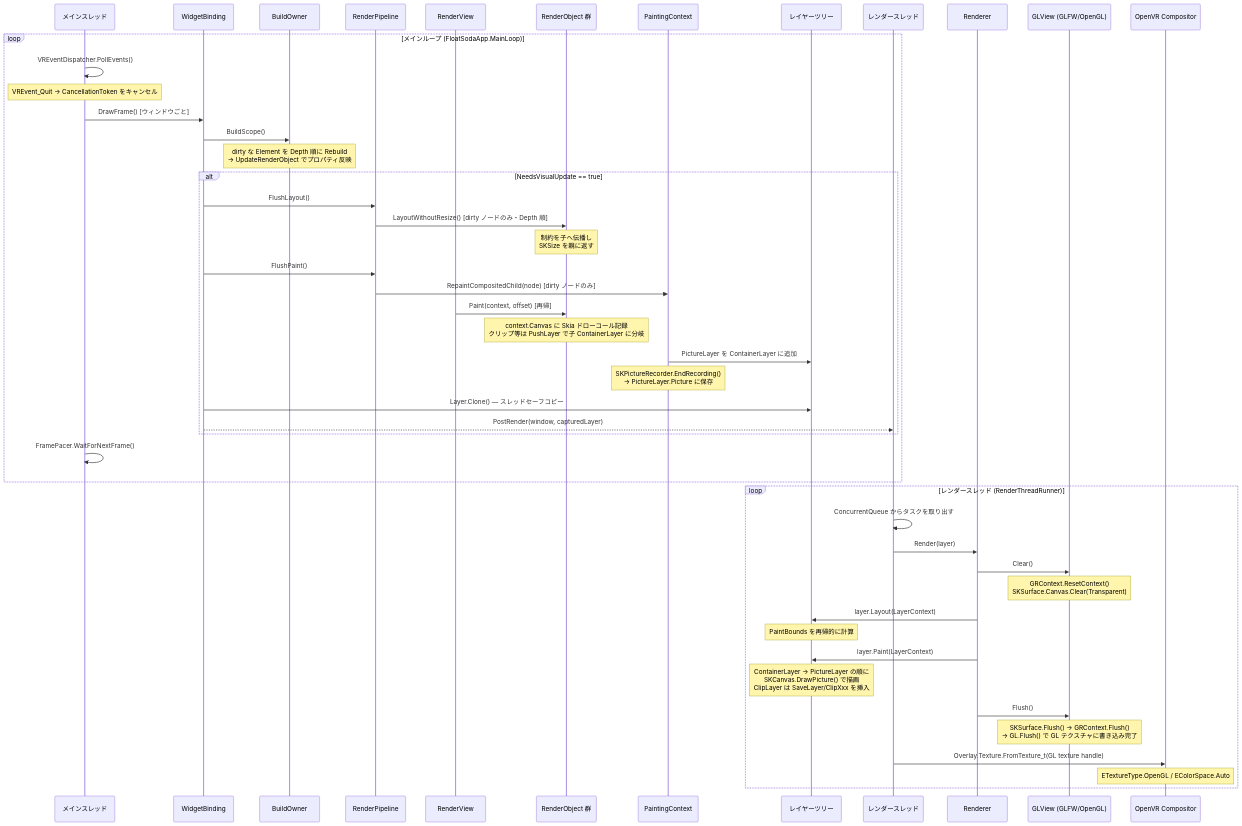
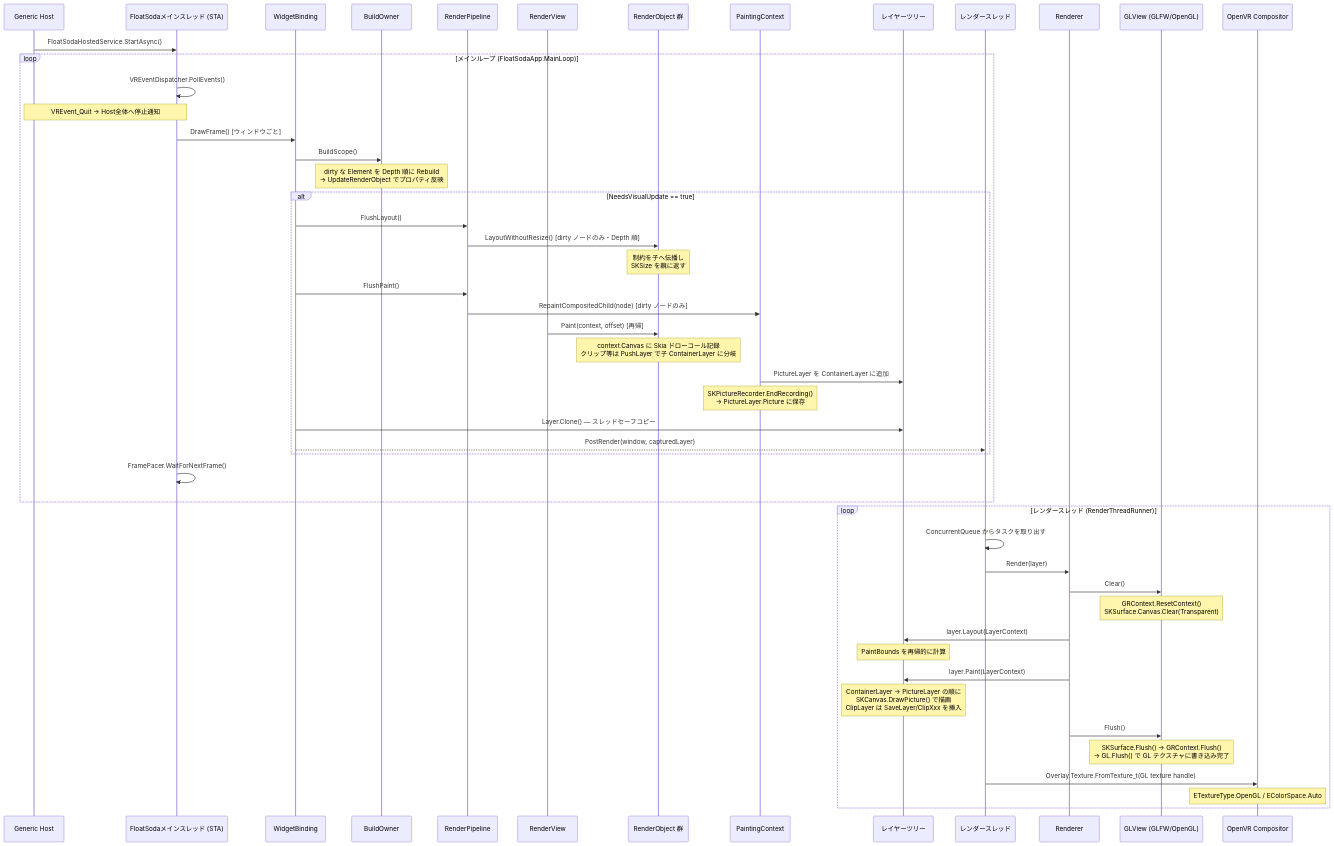
One commit to sumx21t-3310/FloatSoda changed the third of 3 diagrams in docs/Architecture.md. Above: the diagram before and after it, drawn with Mermaid. The commit also changed other lines of this file and 14 other files, not shown here.

````diff
--- a/docs/Architecture.md
+++ b/docs/Architecture.md
@@ -91,57 +91,60 @@
 ```mermaid
 sequenceDiagram
-    participant Main as メインスレッド
+    participant Host as Generic Host
+    participant Main as FloatSodaメインスレッド (STA)
     participant WB as WidgetBinding
     participant BO as BuildOwner
     participant Pipeline as RenderPipeline
     participant RV as RenderView
     participant RO as RenderObject 群
     participant PC as PaintingContext
     participant Layer as レイヤーツリー
     participant RT as レンダースレッド
     participant Renderer as Renderer
     participant GL as GLView (GLFW/OpenGL)
     participant VR as OpenVR Compositor
 
+    Host->>Main: FloatSodaHostedService.StartAsync()
+
     loop メインループ (FloatSodaApp.MainLoop)
         Main->>Main: VREventDispatcher.PollEvents()
-        Note over Main: VREvent_Quit → CancellationToken をキャンセル
+        Note over Main,Host: VREvent_Quit → Host全体へ停止通知
 
         Main->>WB: DrawFrame() [ウィンドウごと]
         WB->>BO: BuildScope()
         Note over BO: dirty な Element を Depth 順に Rebuild<br/>→ UpdateRenderObject でプロパティ反映
 
         alt NeedsVisualUpdate == true
             WB->>Pipeline: FlushLayout()
             Pipeline->>RO: LayoutWithoutResize() [dirty ノードのみ・Depth 順]
             Note over RO: 制約を子へ伝播し<br/>SKSize を親に返す
 
             WB->>Pipeline: FlushPaint()
             Pipeline->>PC: RepaintCompositedChild(node) [dirty ノードのみ]
             RV->>RO: Paint(context, offset) [再帰]
             Note over RO: context.Canvas に Skia ドローコール記録<br/>クリップ等は PushLayer で子 ContainerLayer に分岐
             PC->>Layer: PictureLayer を ContainerLayer に追加
             Note over PC: SKPictureRecorder.EndRecording()<br/>→ PictureLayer.Picture に保存
 
             WB->>Layer: Layer.Clone() — スレッドセーフコピー
             WB-->>RT: PostRender(window, capturedLayer)
         end
 
         Main->>Main: FramePacer.WaitForNextFrame()
     end
 
     loop レンダースレッド (RenderThreadRunner)
         RT->>RT: ConcurrentQueue からタスクを取り出す
         RT->>Renderer: Render(layer)
         Renderer->>GL: Clear()
         Note over GL: GRContext.ResetContext()<br/>SKSurface.Canvas.Clear(Transparent)
         Renderer->>Layer: layer.Layout(LayerContext)
         Note over Layer: PaintBounds を再帰的に計算
         Renderer->>Layer: layer.Paint(LayerContext)
         Note over Layer: ContainerLayer → PictureLayer の順に<br/>SKCanvas.DrawPicture() で描画<br/>ClipLayer は SaveLayer/ClipXxx を挿入
         Renderer->>GL: Flush()
         Note over GL: SKSurface.Flush() → GRContext.Flush()<br/>→ GL.Flush() で GL テクスチャに書き込み完了
         RT->>VR: Overlay.Texture.FromTexture_t(GL texture handle)
         Note over VR: ETextureType.OpenGL / EColorSpace.Auto
     end
 ```
````
